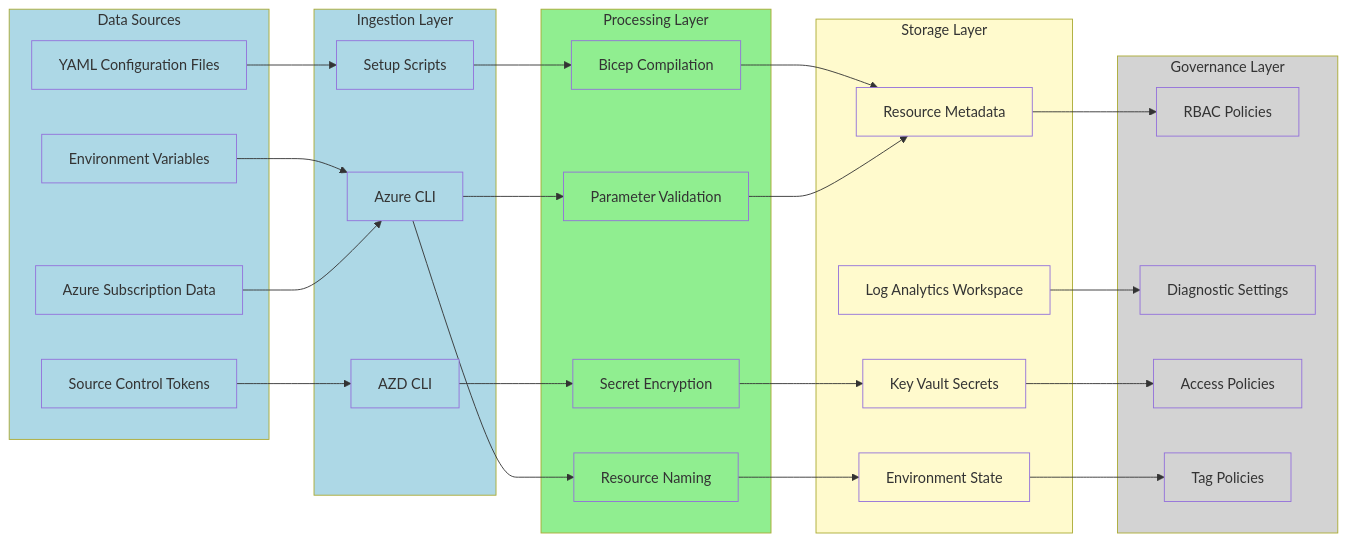
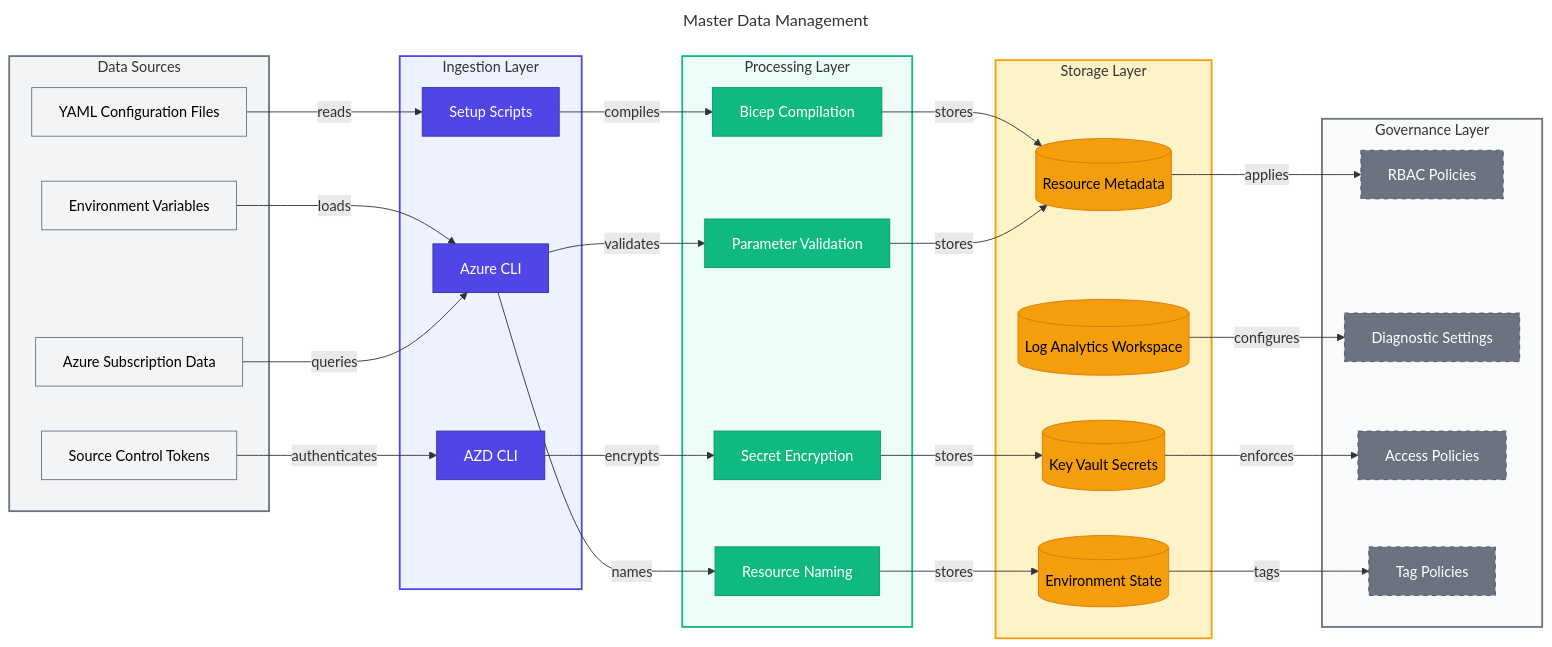
The third of 6 diagrams in README.md (Evilazaro/DevExp-DevBox), drawn with Mermaid before and after one commit. The commit also changed other lines of this file, not shown here.

Commit message:
Enhance README.md with detailed architecture diagrams for improved clarity and understanding

````diff
--- a/README.md
+++ b/README.md
@@ -250,81 +271,89 @@
 ```mermaid
+---
+title: Master Data Management
+---
 flowchart LR
-    subgraph Sources[Data Sources]
-        S1[YAML Configuration Files]
-        S2[Environment Variables]
-        S3[Source Control Tokens]
-        S4[Azure Subscription Data]
+    %% ===== DATA SOURCES =====
+    subgraph Sources["Data Sources"]
+        S1["YAML Configuration Files"]
+        S2["Environment Variables"]
+        S3["Source Control Tokens"]
+        S4["Azure Subscription Data"]
     end
 
-    subgraph Ingestion[Ingestion Layer]
-        I1[Setup Scripts]
-        I2[Azure CLI]
-        I3[AZD CLI]
+    %% ===== INGESTION LAYER =====
+    subgraph Ingestion["Ingestion Layer"]
+        I1["Setup Scripts"]
+        I2["Azure CLI"]
+        I3["AZD CLI"]
     end
 
-    subgraph Processing[Processing Layer]
-        P1[Bicep Compilation]
-        P2[Parameter Validation]
-        P3[Secret Encryption]
-        P4[Resource Naming]
+    %% ===== PROCESSING LAYER =====
+    subgraph Processing["Processing Layer"]
+        P1["Bicep Compilation"]
+        P2["Parameter Validation"]
+        P3["Secret Encryption"]
+        P4["Resource Naming"]
     end
 
-    subgraph Storage[Storage Layer]
-        ST1[Key Vault Secrets]
-        ST2[Log Analytics Workspace]
-        ST3[Resource Metadata]
-        ST4[Environment State]
+    %% ===== STORAGE LAYER =====
+    subgraph Storage["Storage Layer"]
+        ST1[("Key Vault Secrets")]
+        ST2[("Log Analytics Workspace")]
+        ST3[("Resource Metadata")]
+        ST4[("Environment State")]
     end
 
-    subgraph Governance[Governance Layer]
-        G1[RBAC Policies]
-        G2[Diagnostic Settings]
-        G3[Access Policies]
-        G4[Tag Policies]
+    %% ===== GOVERNANCE LAYER =====
+    subgraph Governance["Governance Layer"]
+        G1["RBAC Policies"]
+        G2["Diagnostic Settings"]
+        G3["Access Policies"]
+        G4["Tag Policies"]
     end
 
-    S1 --> I1
-    S2 --> I2
-    S3 --> I3
-    S4 --> I2
+    %% ===== SOURCE TO INGESTION =====
+    S1 -->|reads| I1
+    S2 -->|loads| I2
+    S3 -->|authenticates| I3
+    S4 -->|queries| I2
 
-    I1 --> P1
-    I2 --> P2
-    I3 --> P3
-    I2 --> P4
+    %% ===== INGESTION TO PROCESSING =====
+    I1 -->|compiles| P1
+    I2 -->|validates| P2
+    I3 -->|encrypts| P3
+    I2 -->|names| P4
 
-    P1 --> ST3
-    P2 --> ST3
-    P3 --> ST1
-    P4 --> ST4
+    %% ===== PROCESSING TO STORAGE =====
+    P1 -->|stores| ST3
+    P2 -->|stores| ST3
+    P3 -->|stores| ST1
+    P4 -->|stores| ST4
 
-    ST1 --> G3
-    ST2 --> G2
-    ST3 --> G1
-    ST4 --> G4
+    %% ===== STORAGE TO GOVERNANCE =====
+    ST1 -->|enforces| G3
+    ST2 -->|configures| G2
+    ST3 -->|applies| G1
+    ST4 -->|tags| G4
 
-    style Sources fill:#ADD8E6
-    style Ingestion fill:#ADD8E6
-    style Processing fill:#90EE90
-    style Storage fill:#FFFACD
-    style Governance fill:#D3D3D3
-    style S1 fill:#ADD8E6
-    style S2 fill:#ADD8E6
-    style S3 fill:#ADD8E6
-    style S4 fill:#ADD8E6
-    style I1 fill:#ADD8E6
-    style I2 fill:#ADD8E6
-    style I3 fill:#ADD8E6
-    style P1 fill:#90EE90
-    style P2 fill:#90EE90
-    style P3 fill:#90EE90
-    style P4 fill:#90EE90
-    style ST1 fill:#FFFACD
-    style ST2 fill:#FFFACD
-    style ST3 fill:#FFFACD
-    style ST4 fill:#FFFACD
-    style G1 fill:#D3D3D3
-    style G2 fill:#D3D3D3
-    style G3 fill:#D3D3D3
-    style G4 fill:#D3D3D3
+    %% ===== CLASS DEFINITIONS =====
+    classDef input fill:#F3F4F6,stroke:#6B7280,color:#000000
+    classDef primary fill:#4F46E5,stroke:#3730A3,color:#FFFFFF
+    classDef secondary fill:#10B981,stroke:#059669,color:#FFFFFF
+    classDef datastore fill:#F59E0B,stroke:#D97706,color:#000000
+    classDef external fill:#6B7280,stroke:#4B5563,color:#FFFFFF,stroke-dasharray:5 5
+
+    %% ===== NODE STYLING =====
+    class S1,S2,S3,S4 input
+    class I1,I2,I3 primary
+    class P1,P2,P3,P4 secondary
+    class ST1,ST2,ST3,ST4 datastore
+    class G1,G2,G3,G4 external
+
+    %% ===== SUBGRAPH STYLING =====
+    style Sources fill:#F3F4F6,stroke:#6B7280,stroke-width:2px
+    style Ingestion fill:#EEF2FF,stroke:#4F46E5,stroke-width:2px
+    style Processing fill:#ECFDF5,stroke:#10B981,stroke-width:2px
+    style Storage fill:#FEF3C7,stroke:#F59E0B,stroke-width:2px
+    style Governance fill:#F9FAFB,stroke:#6B7280,stroke-width:2px
 ```
````
